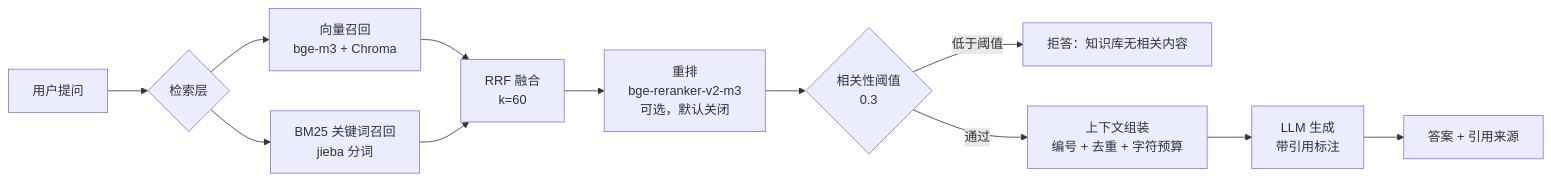
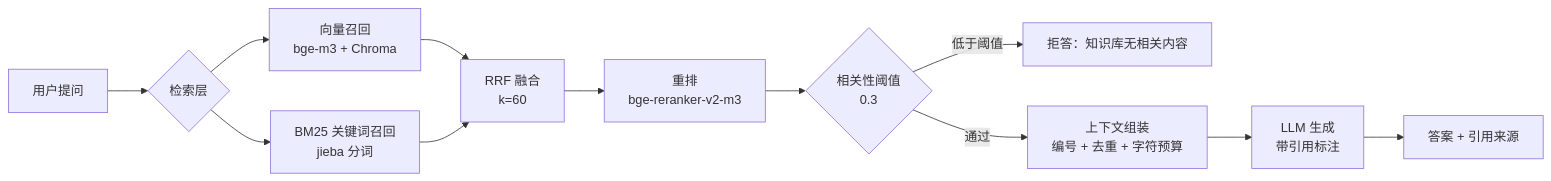
Before and after one commit to hjk051202/rag: the diagram in README.md, drawn with Mermaid. The commit also changed other lines of this file and 1 other file, not shown here.

Commit message:
docs: 目录结构补充 reranker.py，架构图去掉可选标注

````diff
--- a/README.md
+++ b/README.md
@@ -70,14 +70,14 @@
 ```mermaid
 flowchart LR
     Q[用户提问] --> R{检索层}
     R --> V[向量召回<br/>bge-m3 + Chroma]
     R --> B[BM25 关键词召回<br/>jieba 分词]
     V --> F[RRF 融合<br/>k=60]
     B --> F
-    F --> RR[重排<br/>bge-reranker-v2-m3<br/>可选，默认关闭]
+    F --> RR[重排<br/>bge-reranker-v2-m3]
     RR --> T{相关性阈值<br/>0.3}
     T -->|低于阈值| X[拒答：知识库无相关内容]
     T -->|通过| C[上下文组装<br/>编号 + 去重 + 字符预算]
     C --> L[LLM 生成<br/>带引用标注]
     L --> A[答案 + 引用来源]
 ```
````
